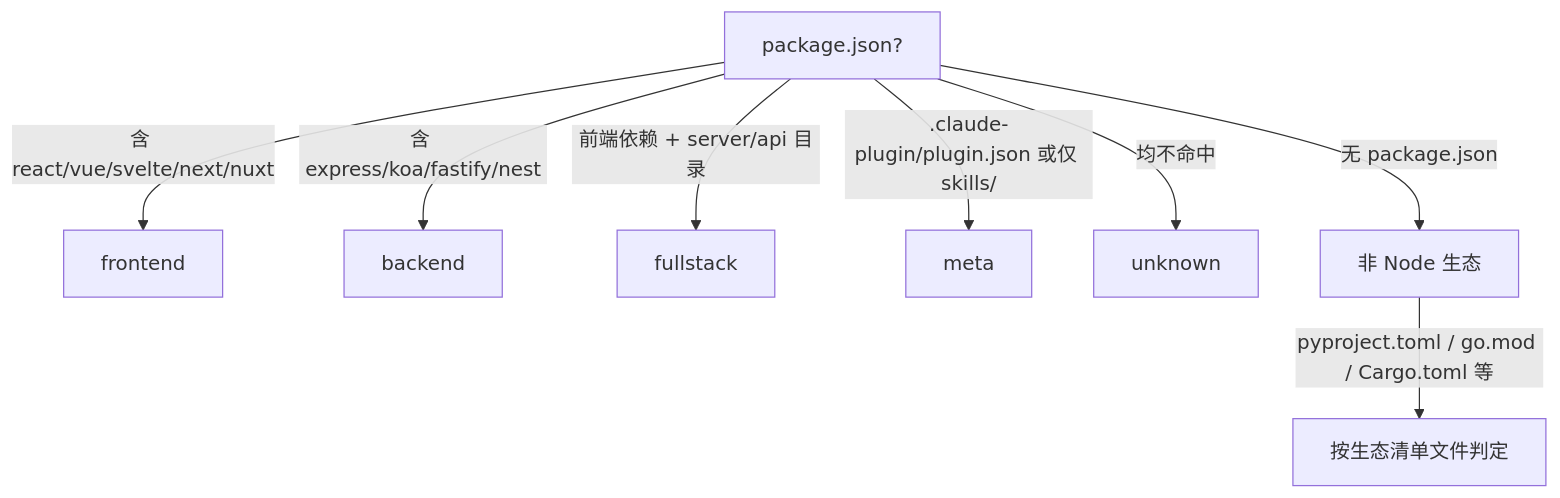
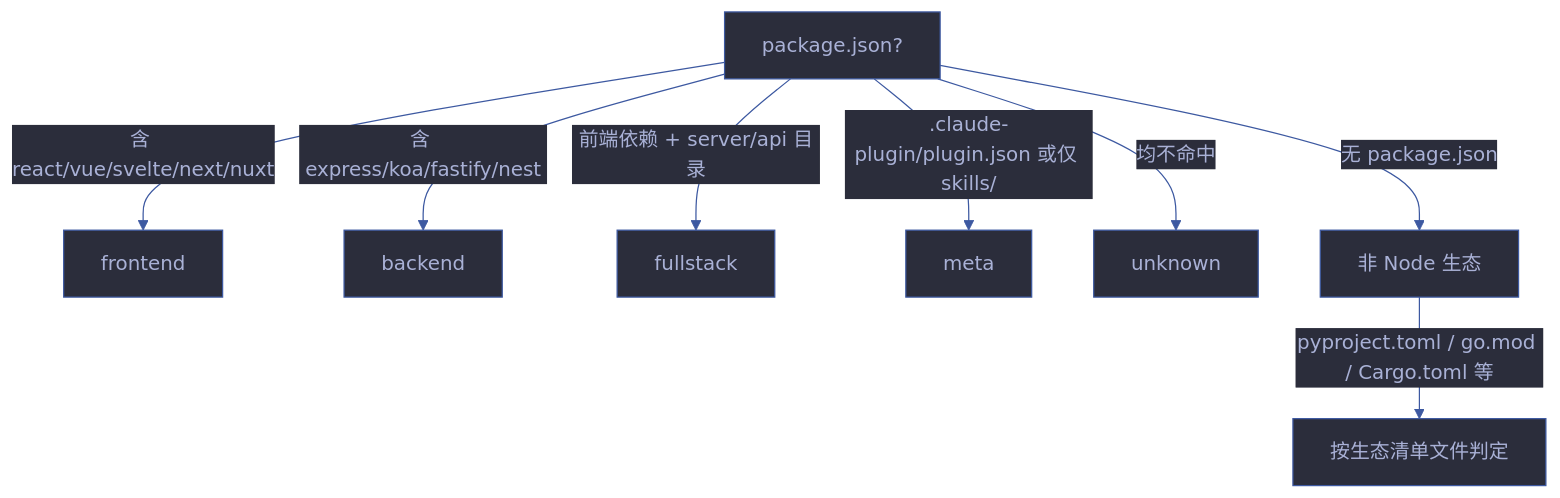
One commit to effiy/YrY changed the second of 3 diagrams in skills/rui-init/SKILL.md. Above: the diagram before and after it, drawn with Mermaid. The commit also changed other lines of this file and 1028 other files, not shown here.

````diff
--- a/skills/rui-init/SKILL.md
+++ b/skills/rui-init/SKILL.md
@@ -41,10 +69,20 @@
 ```mermaid
+%%{init: {'theme': 'base', 'themeVariables': {
+  'primaryColor': '#1e1f2b',
+  'primaryTextColor': '#a9b1d6',
+  'primaryBorderColor': '#3d59a1',
+  'lineColor': '#3d59a1',
+  'secondaryColor': '#2b2d3b',
+  'tertiaryColor': '#21232f'
+}}}%%
 flowchart TD
     A[package.json?] -->|含 react/vue/svelte/next/nuxt| F[frontend]
     A -->|含 express/koa/fastify/nest| B[backend]
     A -->|前端依赖 + server/api 目录| FS[fullstack]
     A -->|.claude-plugin/plugin.json 或仅 skills/| M[meta]
     A -->|均不命中| U[unknown]
     A -->|无 package.json| NE[非 Node 生态]
     NE -->|pyproject.toml / go.mod / Cargo.toml 等| NE2[按生态清单文件判定]
+
+    classDef default fill:#2b2d3b,stroke:#3d59a1,color:#a9b1d6
 ```
````
